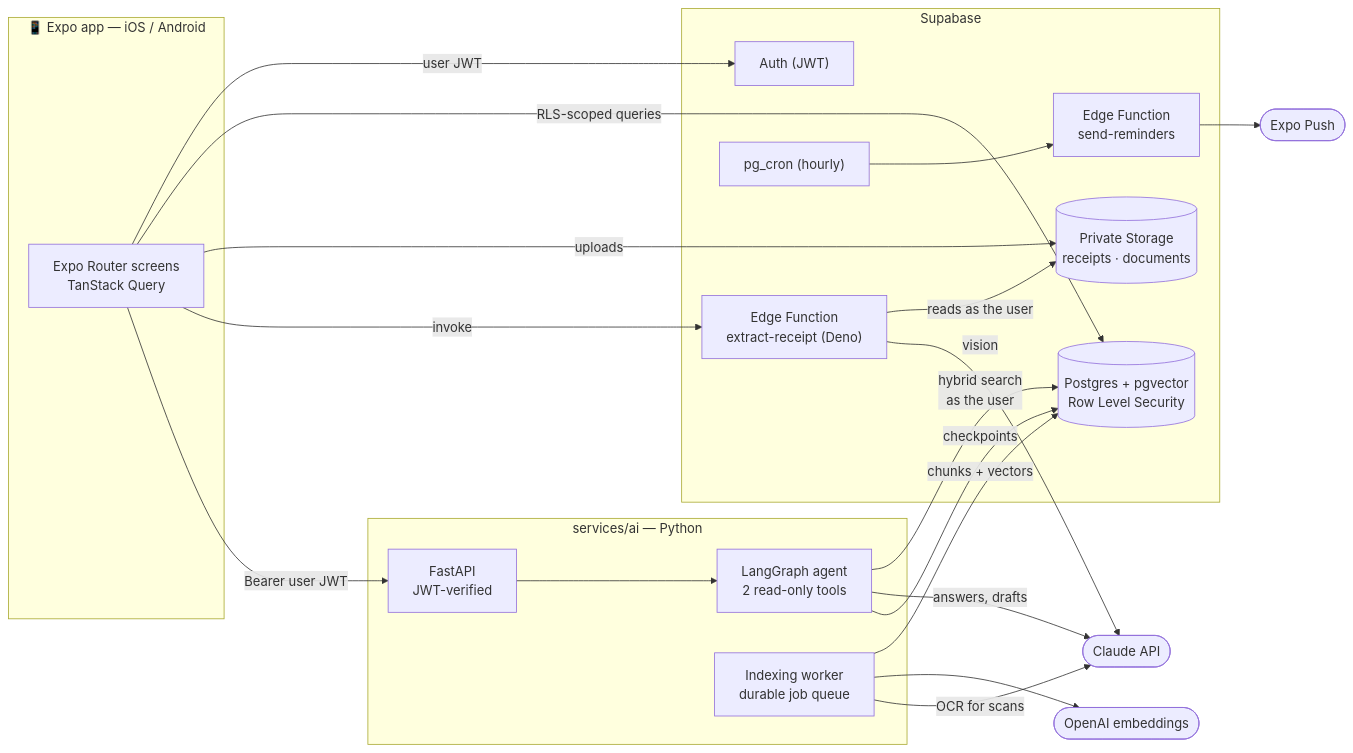
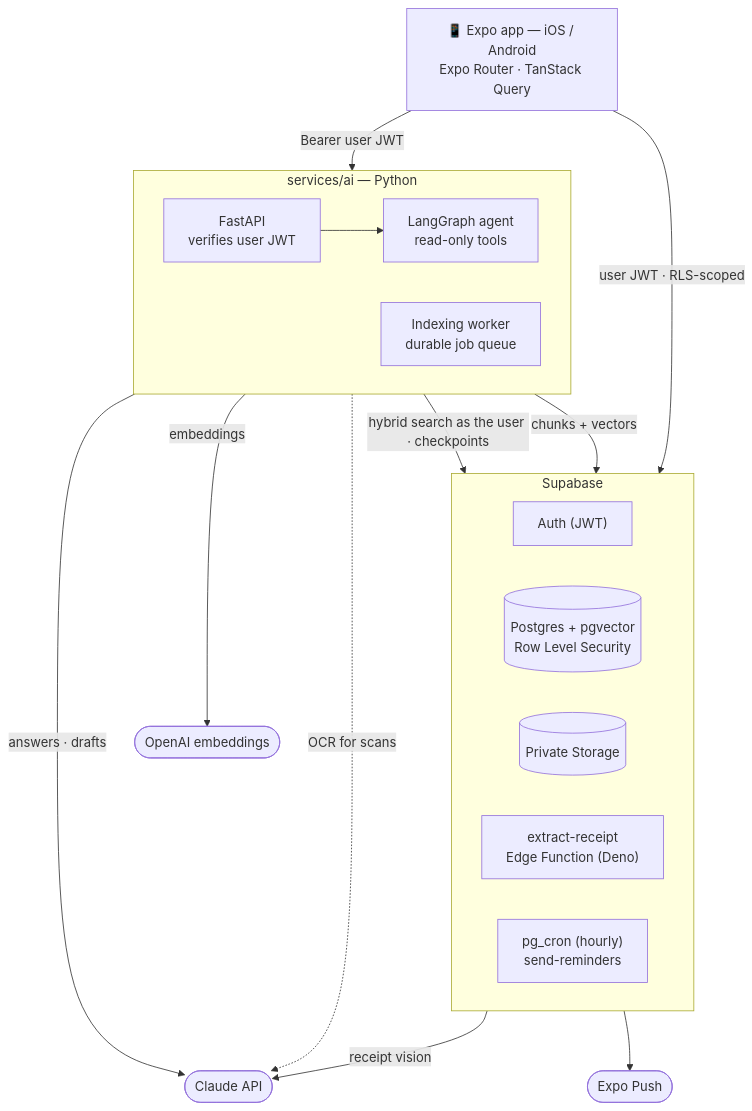
The diagram in README.md (jaworskig00/ai-warranty-vault), drawn with Mermaid before and after one commit.

Commit message:
docs: simplify the architecture diagram so its labels stay legible

````diff
--- a/README.md
+++ b/README.md
@@ -50,42 +50,35 @@
 ```mermaid
-flowchart LR
-  subgraph Device["📱 Expo app — iOS / Android"]
-    UI["Expo Router screens<br/>TanStack Query"]
-  end
+flowchart TB
+  App["📱 Expo app — iOS / Android<br/>Expo Router · TanStack Query"]
 
   subgraph Supabase["Supabase"]
+    direction LR
     Auth["Auth (JWT)"]
     DB[("Postgres + pgvector<br/>Row Level Security")]
-    Storage[("Private Storage<br/>receipts · documents")]
-    Extract["Edge Function<br/>extract-receipt (Deno)"]
-    Remind["Edge Function<br/>send-reminders"]
-    Cron["pg_cron (hourly)"]
+    Storage[("Private Storage")]
+    Extract["extract-receipt<br/>Edge Function (Deno)"]
+    Cron["pg_cron (hourly)<br/>send-reminders"]
   end
 
   subgraph AI["services/ai — Python"]
-    API["FastAPI<br/>JWT-verified"]
-    Graph["LangGraph agent<br/>2 read-only tools"]
+    direction LR
+    API["FastAPI<br/>verifies user JWT"]
+    Graph["LangGraph agent<br/>read-only tools"]
     Worker["Indexing worker<br/>durable job queue"]
   end
 
   Claude(["Claude API"])
   OpenAI(["OpenAI embeddings"])
   Push(["Expo Push"])
 
-  UI -- "user JWT" --> Auth
-  UI -- "RLS-scoped queries" --> DB
-  UI -- "uploads" --> Storage
-  UI -- "invoke" --> Extract
-  Extract -- "reads as the user" --> Storage
-  Extract -- "vision" --> Claude
-  Cron --> Remind --> Push
-
-  UI -- "Bearer user JWT" --> API
+  App -- "user JWT · RLS-scoped" --> Supabase
+  App -- "Bearer user JWT" --> API
   API --> Graph
-  Graph -- "hybrid search<br/>as the user" --> DB
-  Graph -- "answers, drafts" --> Claude
-  Graph -- "checkpoints" --> DB
+  Graph -- "hybrid search as the user · checkpoints" --> DB
   Worker -- "chunks + vectors" --> DB
-  Worker --> OpenAI
-  Worker -- "OCR for scans" --> Claude
+  Extract -- "receipt vision" --> Claude
+  Graph -- "answers · drafts" --> Claude
+  Worker -- "embeddings" --> OpenAI
+  Worker -. "OCR for scans" .-> Claude
+  Cron --> Push
 ```
````
